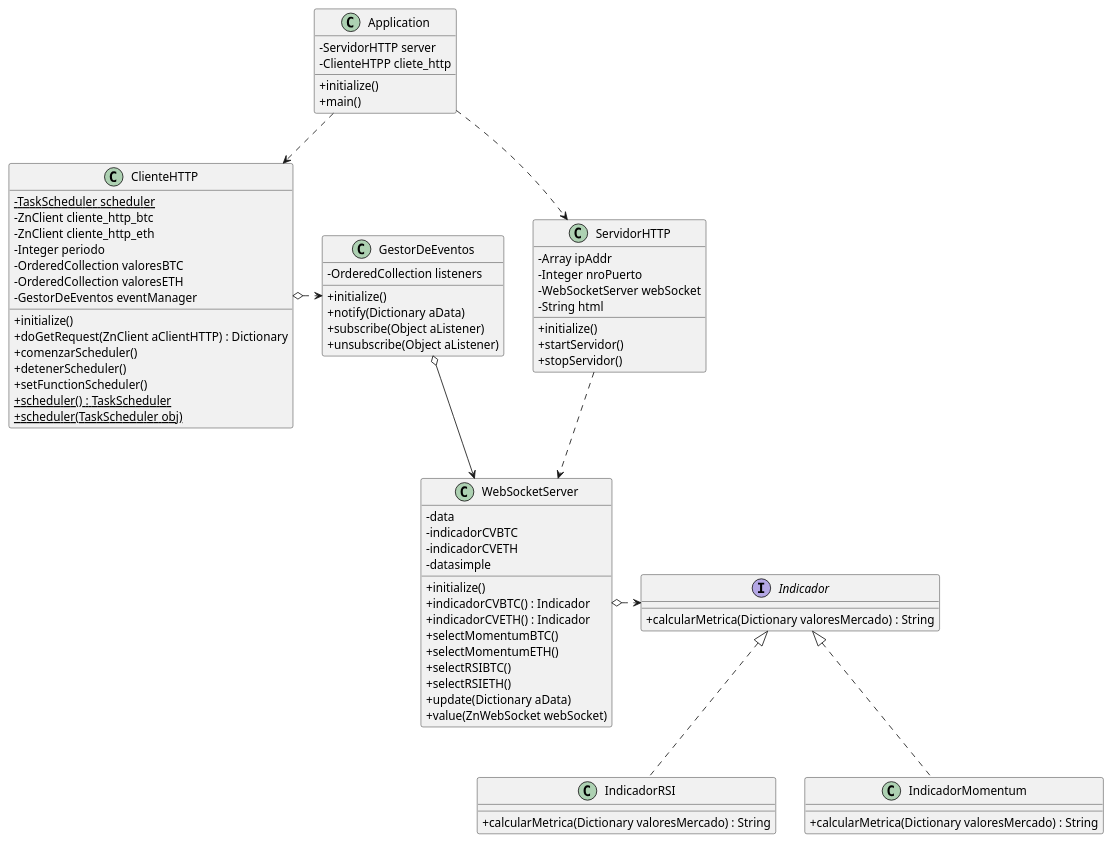
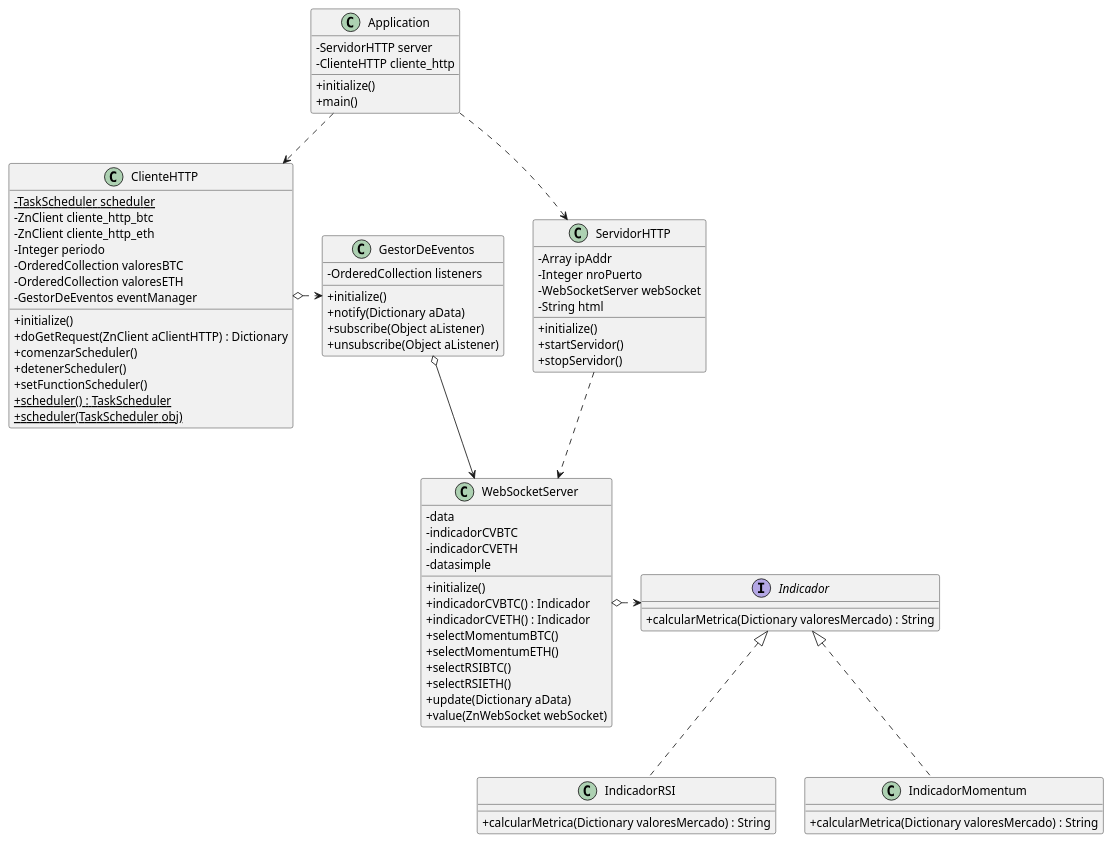
One commit to juanchula/TP2-Paradigma-2021 changed the diagram in doc/diag_clases.puml. Above: the diagram before and after it, drawn with PlantUML. The commit also changed 1 other file, not shown here.

```diff
--- a/doc/diag_clases.puml
+++ b/doc/diag_clases.puml
@@ -3,123 +3,123 @@
 @startuml CryptoServer
 
 'hide circle
 skinparam ClassAttributeIconSize 0
 
 class ClienteHTTP {
     - {static} TaskScheduler scheduler 
     - ZnClient cliente_http_btc
     - ZnClient cliente_http_eth 
     - Integer periodo
     - OrderedCollection valoresBTC
     - OrderedCollection valoresETH
     - GestorDeEventos eventManager
 
     + initialize()
     + doGetRequest(ZnClient aClientHTTP) : Dictionary
     + comenzarScheduler()
     + detenerScheduler()
     + setFunctionScheduler()
     + {static} scheduler() : TaskScheduler
     + {static} scheduler(TaskScheduler obj) 
     '+ cliente_http_btc() : ZnClient
     '+ cliente_http_btc(ZnClient obj)
     '+ cliente_http_eth() : ZnClient 
     '+ cliente_http_eth(ZnClient obj)
     '+ eventManager() : GestorDeEventos 
     '+ eventManager(GestorDeEventos obj)
     '+ periodo() : Integer
     '+ periodo(Integer obj)
     '+ valoresBTC() : OrderedCollection
     '+ valoresBTC(OrderedCollection obj)
     '+ valoresETH() : OrderedCollection
     '+ valoresETH(OrderedCollection obj)
 
 }
 
 class Application {
     - ServidorHTTP server 
-    - ClienteHTPP cliete_http 
+    - ClienteHTTP cliente_http 
 
     + initialize()
     + main()
     '+ server() : ServidorHTTP
     '+ server(ServidorHTTP anObject)
 }
 
 class GestorDeEventos {
     - OrderedCollection listeners 
 
     + initialize()
     '+ listeners() : OrderedCollection
     '+ listeners(OrderedCollection anObject)
     + notify(Dictionary aData)
     + subscribe(Object aListener)
     + unsubscribe(Object aListener)
 }
 
 interface Indicador {
 
     + calcularMetrica(Dictionary valoresMercado) : String
 }
 
 class IndicadorRSI {
 
     + calcularMetrica(Dictionary valoresMercado) : String
 }
 
 class IndicadorMomentum {
 
     + calcularMetrica(Dictionary valoresMercado) : String
 }
 
 class ServidorHTTP {
     - Array ipAddr 
     - Integer nroPuerto 
     - WebSocketServer webSocket 
     - String html
 
     + initialize()
     + startServidor()
     + stopServidor()
     '+ ipAddr() : Array
     '+ ipAddr(Array obj)
     '+ nroPuerto() : Integer 
     '+ nroPuerto(Integer obj) 
     '+ webSocket() : WebSocketServer 
     '+ webSocket(WebSocketServer obj)
     '+ html() : String
     '+ html(String obj)
 }
 
 class WebSocketServer {
     - data
     - indicadorCVBTC
     - indicadorCVETH
     - datasimple
 
     + initialize()
     '+ data() : JSON data
     '+ data(JSON anObject)
     '+ datasimple() : Dictionary
     '+ datasimple(Dictionary anObject)
     + indicadorCVBTC() : Indicador
     + indicadorCVETH() : Indicador
     + selectMomentumBTC()
     + selectMomentumETH()
     + selectRSIBTC()
     + selectRSIETH()
     + update(Dictionary aData)
     + value(ZnWebSocket webSocket) 
 }
 
 WebSocketServer o.> Indicador
 Indicador <|.. IndicadorRSI
 Indicador <|.. IndicadorMomentum
 
 Application ..> ClienteHTTP
 Application ..> ServidorHTTP
 ServidorHTTP ..> WebSocketServer
 ClienteHTTP o.> GestorDeEventos
 GestorDeEventos o--> WebSocketServer
 
 @enduml
```
